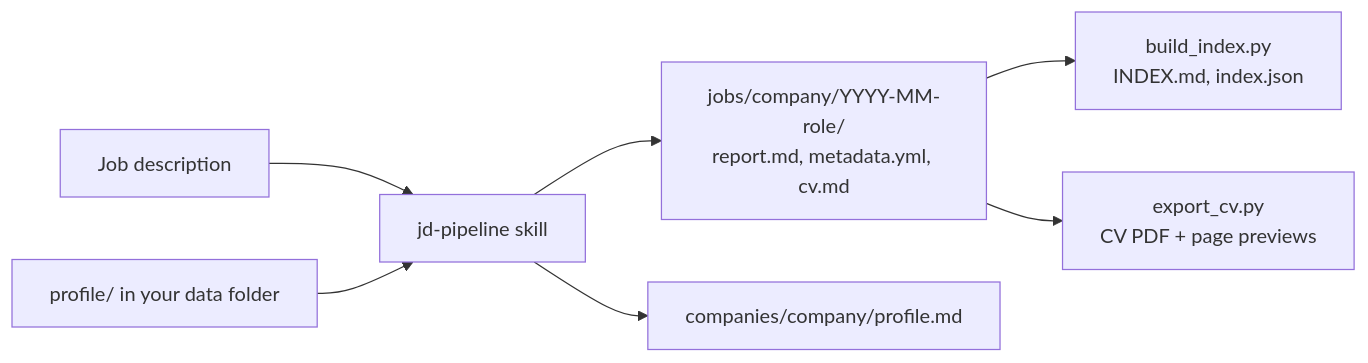
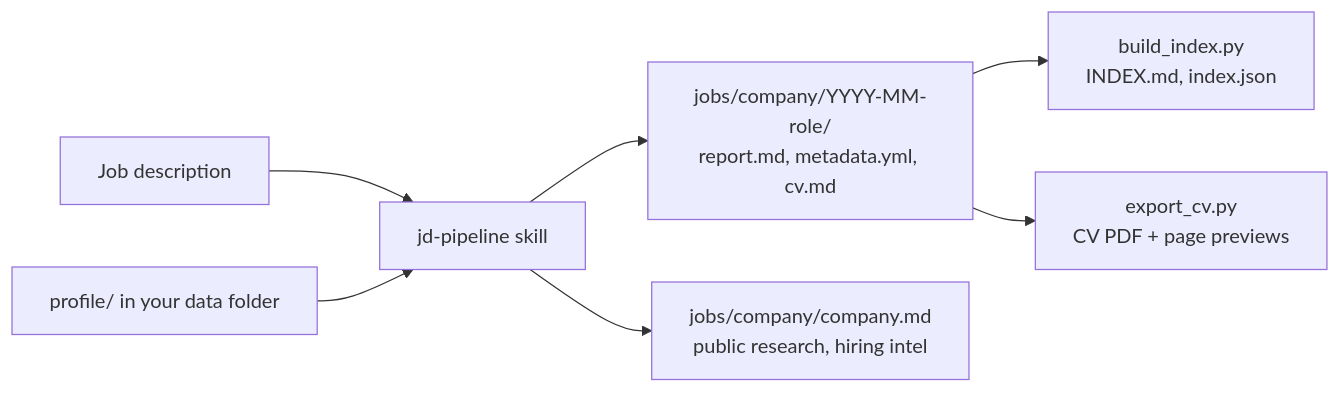
The diagram in README.md (hoangbeard/career-intelligence), drawn with Mermaid before and after one commit. The commit also changed other lines of this file and 27 other files, not shown here.

First line of the commit message:
Keep company files with jobs; put company research on the Decision Card

````diff
--- a/README.md
+++ b/README.md
@@ -147,9 +147,9 @@
 ```mermaid
 flowchart LR
   JD[Job description] --> P[jd-pipeline skill]
   Profile[profile/ in your data folder] --> P
   P --> Job[jobs/company/YYYY-MM-role/<br/>report.md, metadata.yml, cv.md]
-  P --> Co[companies/company/profile.md]
+  P --> Co[jobs/company/company.md<br/>public research, hiring intel]
   Job --> Index[build_index.py<br/>INDEX.md, index.json]
   Job --> PDF[export_cv.py<br/>CV PDF + page previews]
 ```
````
